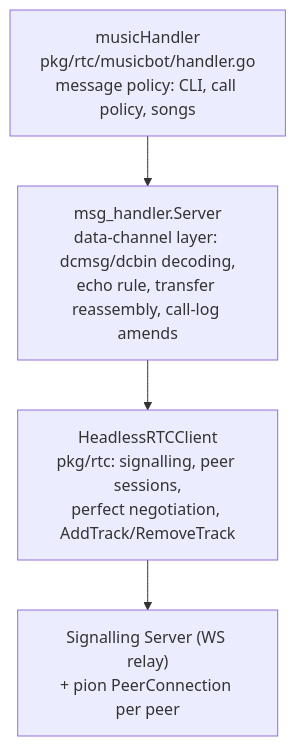
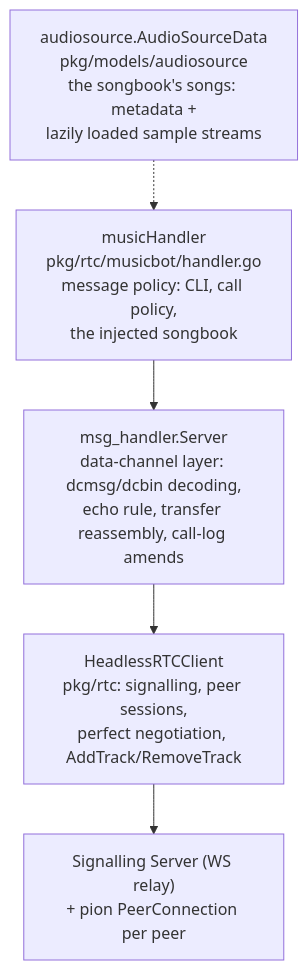
The first of 2 diagrams in docs/music-bot.md (cmpxchg16b-nop/personal-site), drawn with Mermaid before and after one commit. The commit also changed other lines of this file and 27 other files, not shown here.

Commit message:
Refactor music bot to support configurable audio source data

````diff
--- a/docs/music-bot.md
+++ b/docs/music-bot.md
@@ -7,6 +7,7 @@
 ```mermaid
 graph TD
-    A["musicHandler<br/>pkg/rtc/musicbot/handler.go<br/>message policy: CLI, call policy, songs"] --> B["msg_handler.Server<br/>data-channel layer: dcmsg/dcbin decoding,<br/>echo rule, transfer reassembly, call-log amends"]
+    A["musicHandler<br/>pkg/rtc/musicbot/handler.go<br/>message policy: CLI, call policy,<br/>the injected songbook"] --> B["msg_handler.Server<br/>data-channel layer: dcmsg/dcbin decoding,<br/>echo rule, transfer reassembly, call-log amends"]
     B --> C["HeadlessRTCClient<br/>pkg/rtc: signalling, peer sessions,<br/>perfect negotiation, AddTrack/RemoveTrack"]
     C --> D["Signalling Server (WS relay)<br/>+ pion PeerConnection per peer"]
+    S["audiosource.AudioSourceData<br/>pkg/models/audiosource<br/>the songbook's songs: metadata +<br/>lazily loaded sample streams"] -.-> A
 ```
````
